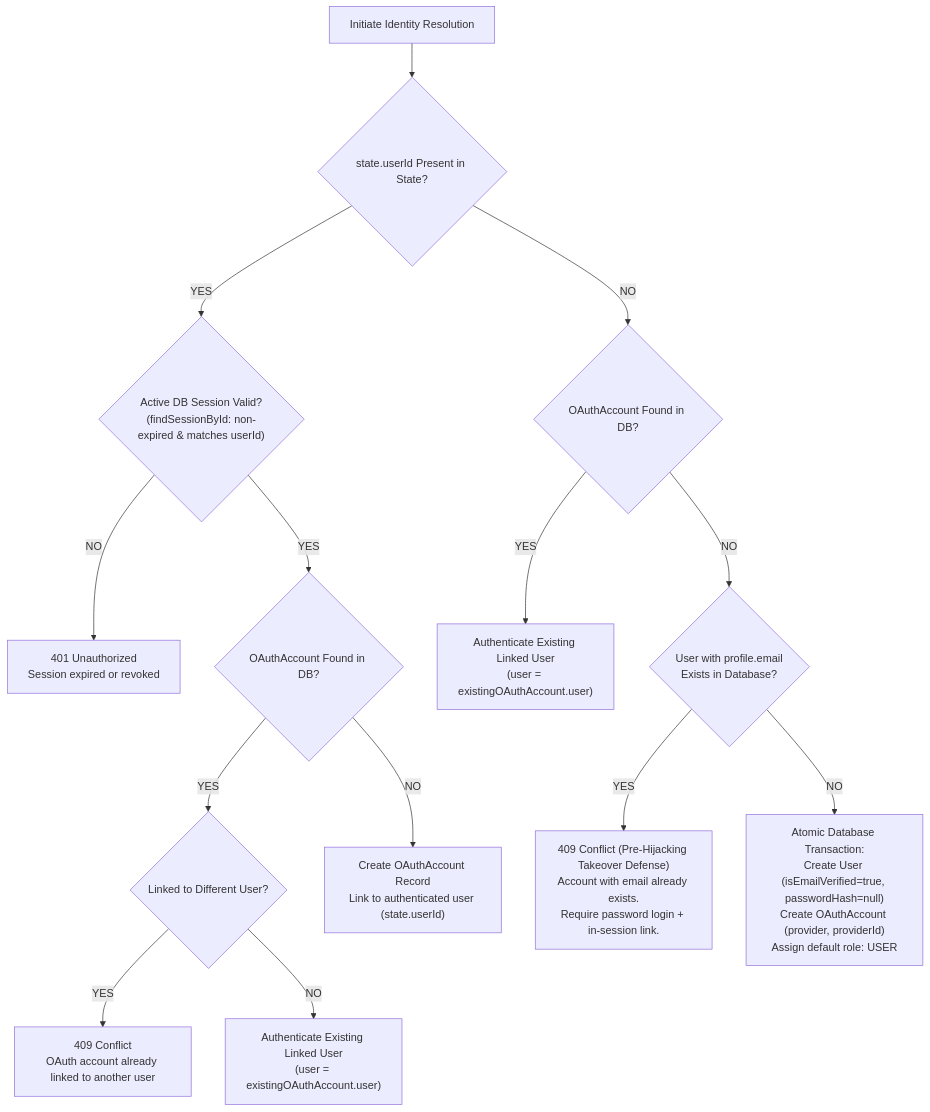
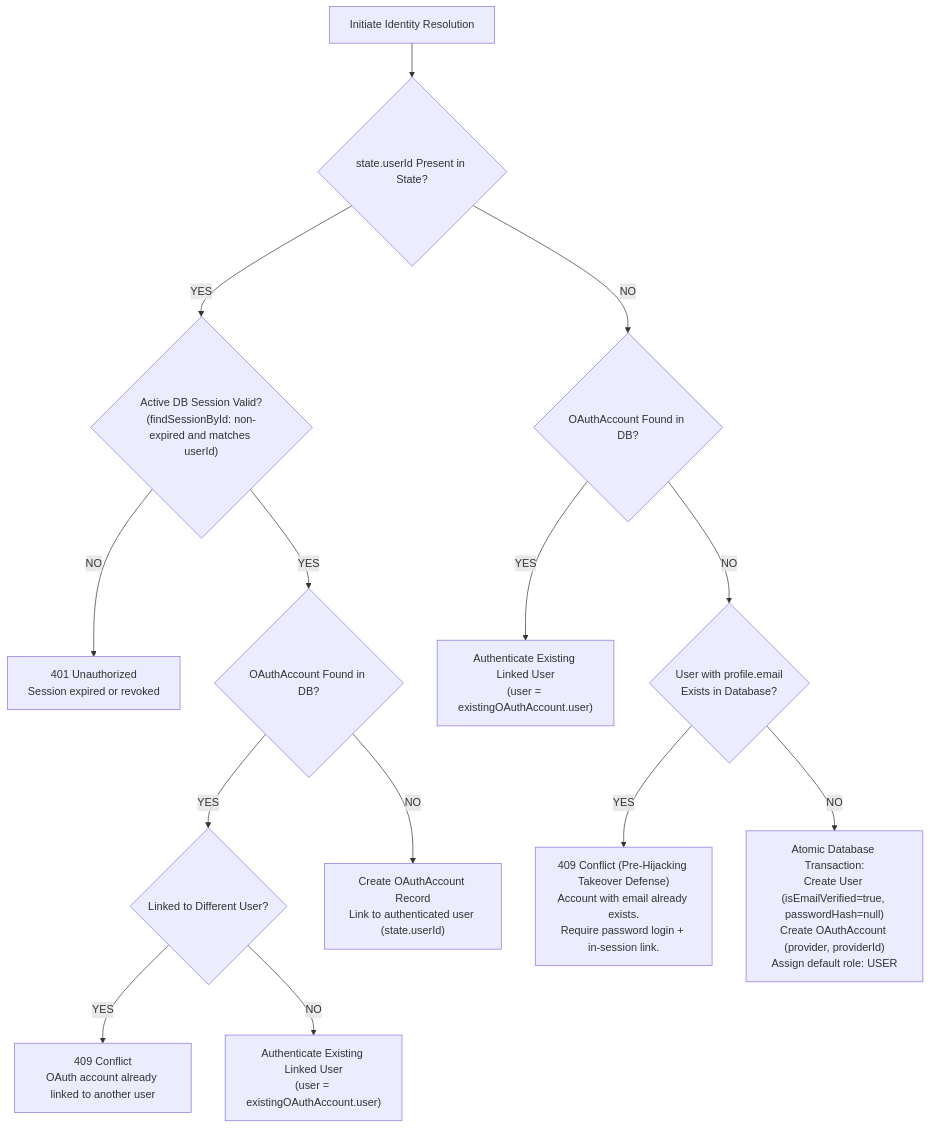
One commit to utkarshj014/authsphere changed the third of 3 diagrams in docs/OAUTH.md. Above: the diagram before and after it, drawn with Mermaid. The commit also changed other lines of this file and 6 other files, not shown here.

````diff
--- a/docs/OAUTH.md
+++ b/docs/OAUTH.md
@@ -297,19 +290,19 @@
 ```mermaid
 flowchart TD
     Start["Initiate Identity Resolution"] --> InSessionCheck{"state.userId Present in State?"}
 
-    InSessionCheck -->|"YES"| SessionValidate{"Active DB Session Valid?\n(findSessionById: non-expired & matches userId)"}
-    SessionValidate -->|"NO"| Unauth["401 Unauthorized\nSession expired or revoked"]
+    InSessionCheck -->|"YES"| SessionValidate{"Active DB Session Valid?<br/>(findSessionById: non-expired and matches userId)"}
+    SessionValidate -->|"NO"| Unauth["401 Unauthorized<br/>Session expired or revoked"]
     SessionValidate -->|"YES"| ExistsCheckLinked{"OAuthAccount Found in DB?"}
 
     ExistsCheckLinked -->|"YES"| LinkedMismatchCheck{"Linked to Different User?"}
-    LinkedMismatchCheck -->|"YES"| ConflictA["409 Conflict\nOAuth account already linked to another user"]
-    LinkedMismatchCheck -->|"NO"| AuthExisting["Authenticate Existing Linked User\n(user = existingOAuthAccount.user)"]
-    ExistsCheckLinked -->|"NO"| LinkAccount["Create OAuthAccount Record\nLink to authenticated user (state.userId)"]
+    LinkedMismatchCheck -->|"YES"| ConflictA["409 Conflict<br/>OAuth account already linked to another user"]
+    LinkedMismatchCheck -->|"NO"| AuthExisting["Authenticate Existing Linked User<br/>(user = existingOAuthAccount.user)"]
+    ExistsCheckLinked -->|"NO"| LinkAccount["Create OAuthAccount Record<br/>Link to authenticated user (state.userId)"]
 
     InSessionCheck -->|"NO"| ExistsCheckUnauth{"OAuthAccount Found in DB?"}
-    ExistsCheckUnauth -->|"YES"| AuthExistingUnauth["Authenticate Existing Linked User\n(user = existingOAuthAccount.user)"]
-    ExistsCheckUnauth -->|"NO"| EmailCheck{"User with profile.email\nExists in Database?"}
-    EmailCheck -->|"YES"| ConflictB["409 Conflict (Pre-Hijacking Takeover Defense)\nAccount with email already exists.\nRequire password login + in-session link."]
-    EmailCheck -->|"NO"| CreateNew["Atomic Database Transaction:\nCreate User (isEmailVerified=true, passwordHash=null)\nCreate OAuthAccount (provider, providerId)\nAssign default role: USER"]
+    ExistsCheckUnauth -->|"YES"| AuthExistingUnauth["Authenticate Existing Linked User<br/>(user = existingOAuthAccount.user)"]
+    ExistsCheckUnauth -->|"NO"| EmailCheck{"User with profile.email<br/>Exists in Database?"}
+    EmailCheck -->|"YES"| ConflictB["409 Conflict (Pre-Hijacking Takeover Defense)<br/>Account with email already exists.<br/>Require password login + in-session link."]
+    EmailCheck -->|"NO"| CreateNew["Atomic Database Transaction:<br/>Create User (isEmailVerified=true, passwordHash=null)<br/>Create OAuthAccount (provider, providerId)<br/>Assign default role: USER"]
 ```
````
